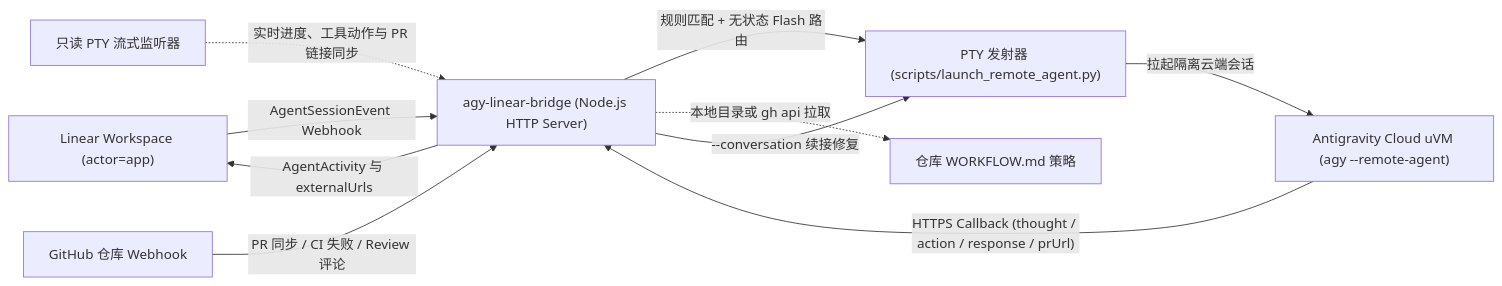
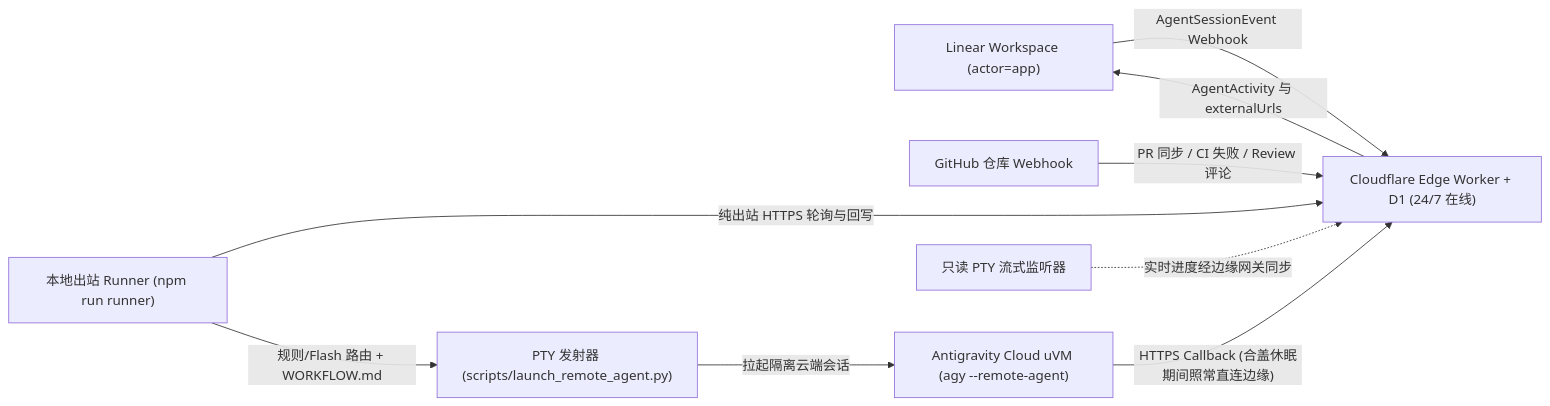
The diagram in README.zh-CN.md (anilpixel/agy-linear-bridge), drawn with Mermaid before and after one commit. The commit also changed other lines of this file and 18 other files, not shown here.

Commit message:
feat(edge): add Cloudflare Workers + D1 gateway and outbound Linux/local runner

````diff
--- a/README.zh-CN.md
+++ b/README.zh-CN.md
@@ -14,12 +14,11 @@
 ```mermaid
 flowchart LR
-  Linear["Linear Workspace (actor=app)"] -->|"AgentSessionEvent Webhook"| Bridge["agy-linear-bridge (Node.js HTTP Server)"]
-  Bridge -->|"规则匹配 + 无状态 Flash 路由"| Launcher["PTY 发射器 (scripts/launch_remote_agent.py)"]
-  Bridge -.->|"本地目录或 gh api 拉取"| Workflow["仓库 WORKFLOW.md 策略"]
+  Linear["Linear Workspace (actor=app)"] -->|"AgentSessionEvent Webhook"| Edge["Cloudflare Edge Worker + D1 (24/7 在线)"]
+  GitHub["GitHub 仓库 Webhook"] -->|"PR 同步 / CI 失败 / Review 评论"| Edge
+  Runner["本地出站 Runner (npm run runner)"] -->|"纯出站 HTTPS 轮询与回写"| Edge
+  Runner -->|"规则/Flash 路由 + WORKFLOW.md"| Launcher["PTY 发射器 (scripts/launch_remote_agent.py)"]
   Launcher -->|"拉起隔离云端会话"| Agy["Antigravity Cloud uVM (agy --remote-agent)"]
-  Agy -->|"HTTPS Callback (thought / action / response / prUrl)"| Bridge
-  Watcher["只读 PTY 流式监听器"] -.->|"实时进度、工具动作与 PR 链接同步"| Bridge
-  Bridge -->|"AgentActivity 与 externalUrls"| Linear
-  GitHub["GitHub 仓库 Webhook"] -->|"PR 同步 / CI 失败 / Review 评论"| Bridge
-  Bridge -->|"--conversation 续接修复"| Launcher
+  Agy -->|"HTTPS Callback (合盖休眠期间照常直连边缘)"| Edge
+  Watcher["只读 PTY 流式监听器"] -.->|"实时进度经边缘网关同步"| Edge
+  Edge -->|"AgentActivity 与 externalUrls"| Linear
 ```
````
